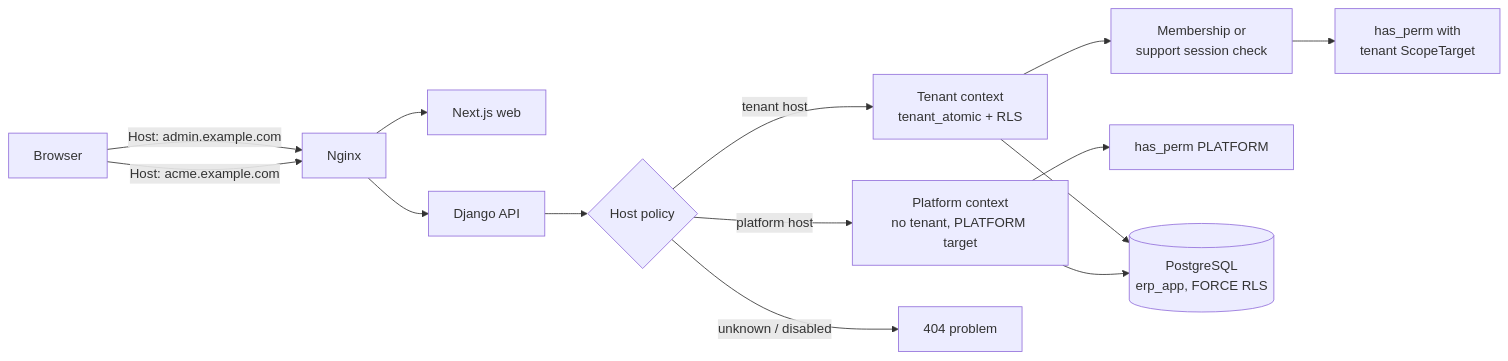
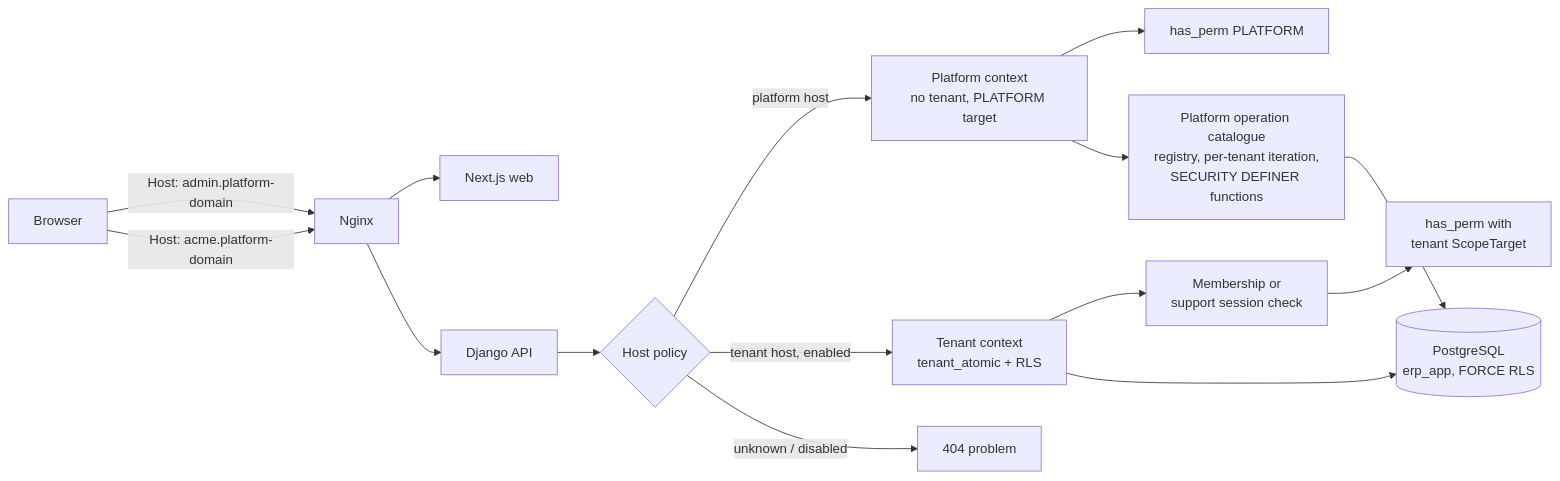
The first of 3 diagrams in docs/plans/PHASE_03_PLAN.md (shafikcmt/education-erp-platform), drawn with Mermaid before and after one commit. The commit also changed other lines of this file and 5 other files, not shown here.

````diff
--- a/docs/plans/PHASE_03_PLAN.md
+++ b/docs/plans/PHASE_03_PLAN.md
@@ -45,16 +117,17 @@
 ```mermaid
 flowchart LR
-  B[Browser] -->|Host: admin.example.com| N[Nginx]
-  B -->|Host: acme.example.com| N
+  B[Browser] -->|Host: admin.platform-domain| N[Nginx]
+  B -->|Host: acme.platform-domain| N
   N --> W[Next.js web]
   N --> A[Django API]
   A --> R{Host policy}
   R -->|platform host| P[Platform context<br/>no tenant, PLATFORM target]
-  R -->|tenant host| T[Tenant context<br/>tenant_atomic + RLS]
+  R -->|tenant host, enabled| T[Tenant context<br/>tenant_atomic + RLS]
   R -->|unknown / disabled| X[404 problem]
   T --> M[Membership or<br/>support session check]
   M --> E[has_perm with<br/>tenant ScopeTarget]
   P --> E2[has_perm PLATFORM]
+  P --> C[Platform operation catalogue<br/>registry, per-tenant iteration,<br/>SECURITY DEFINER functions]
   T --> DB[(PostgreSQL<br/>erp_app, FORCE RLS)]
-  P --> DB
+  C --> DB
 ```
````
